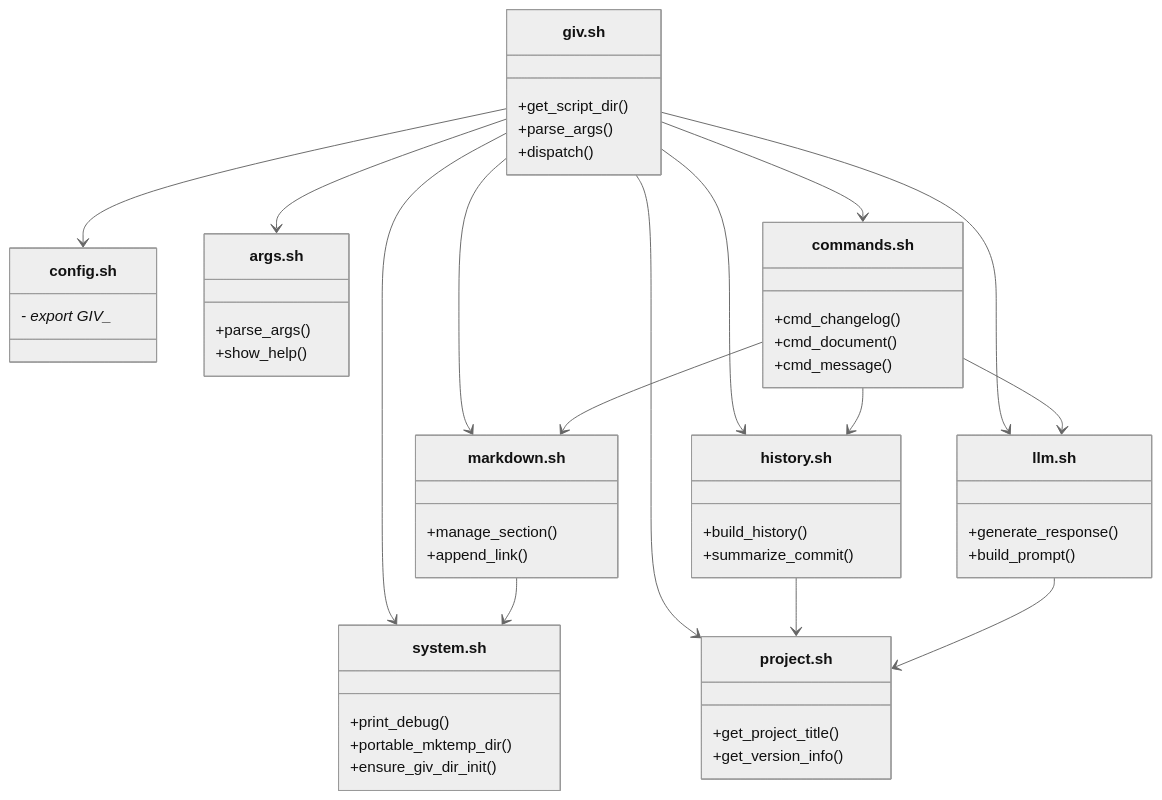
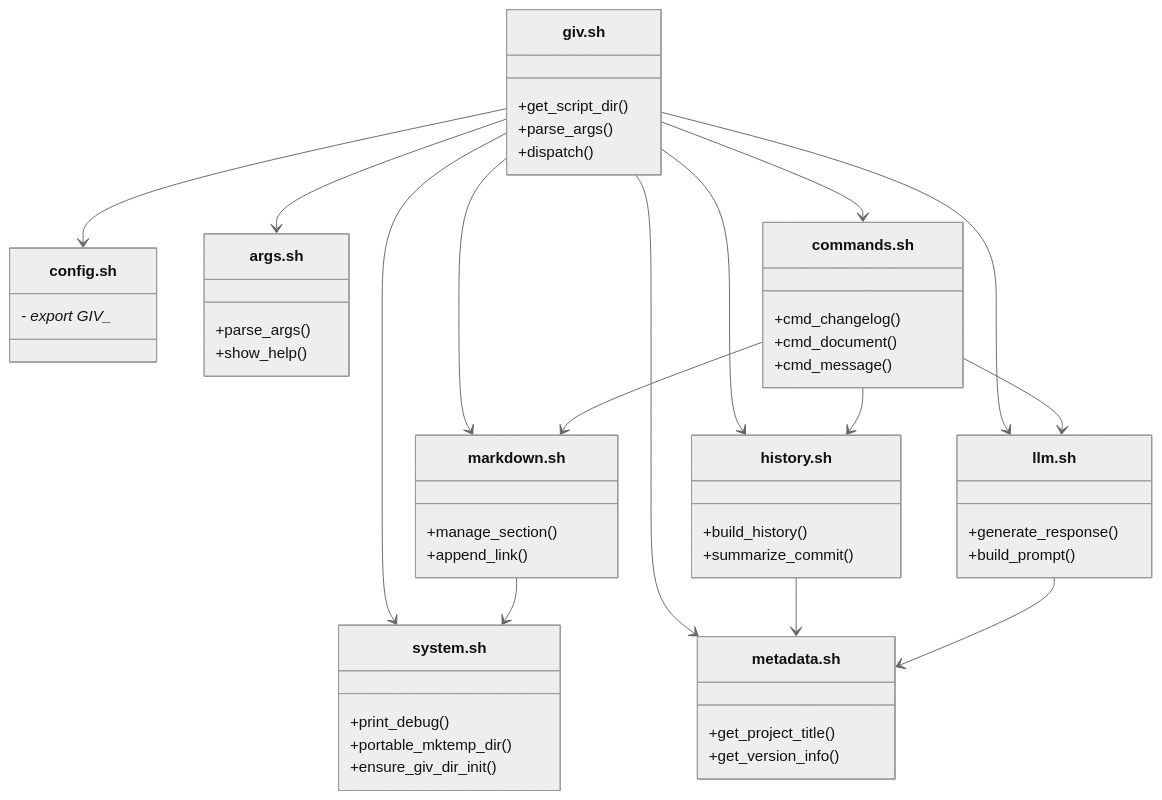
Before and after one commit to giv-cli/giv: the second of 4 diagrams in docs/architecture.md, drawn with Mermaid (neutral theme). The commit also changed other lines of this file and 3 other files, not shown here.

Commit message:
* docs: Update project.sh to metadata.sh for consistency in project information extraction * style: Improve README.md formatting and wording for clearer guidance on features and options * style: Clean up version and model parameter descriptions for consistency and readability

````diff
--- a/docs/architecture.md
+++ b/docs/architecture.md
@@ -114,56 +114,56 @@
 ```mermaid
 classDiagram
     class giv.sh {
         +get_script_dir()
         +parse_args()
         +dispatch()
     }
     class config.sh {
         - export GIV_*
     }
     class system.sh {
         +print_debug()
         +portable_mktemp_dir()
         +ensure_giv_dir_init()
     }
     class args.sh {
         +parse_args()
         +show_help()
     }
     class markdown.sh {
         +manage_section()
         +append_link()
     }
     class llm.sh {
         +generate_response()
         +build_prompt()
     }
-    class project.sh {
+    class metadata.sh {
         +get_project_title()
         +get_version_info()
     }
     class history.sh {
         +build_history()
         +summarize_commit()
     }
     class commands.sh {
         +cmd_changelog()
         +cmd_document()
         +cmd_message()
     }
 
     giv.sh --> config.sh
     giv.sh --> system.sh
     giv.sh --> args.sh
     giv.sh --> markdown.sh
     giv.sh --> llm.sh
-    giv.sh --> project.sh
+    giv.sh --> metadata.sh
     giv.sh --> history.sh
     giv.sh --> commands.sh
     commands.sh --> history.sh
     commands.sh --> llm.sh
     commands.sh --> markdown.sh
-    history.sh --> project.sh
-    llm.sh --> project.sh
+    history.sh --> metadata.sh
+    llm.sh --> metadata.sh
     markdown.sh --> system.sh
 ```
````
